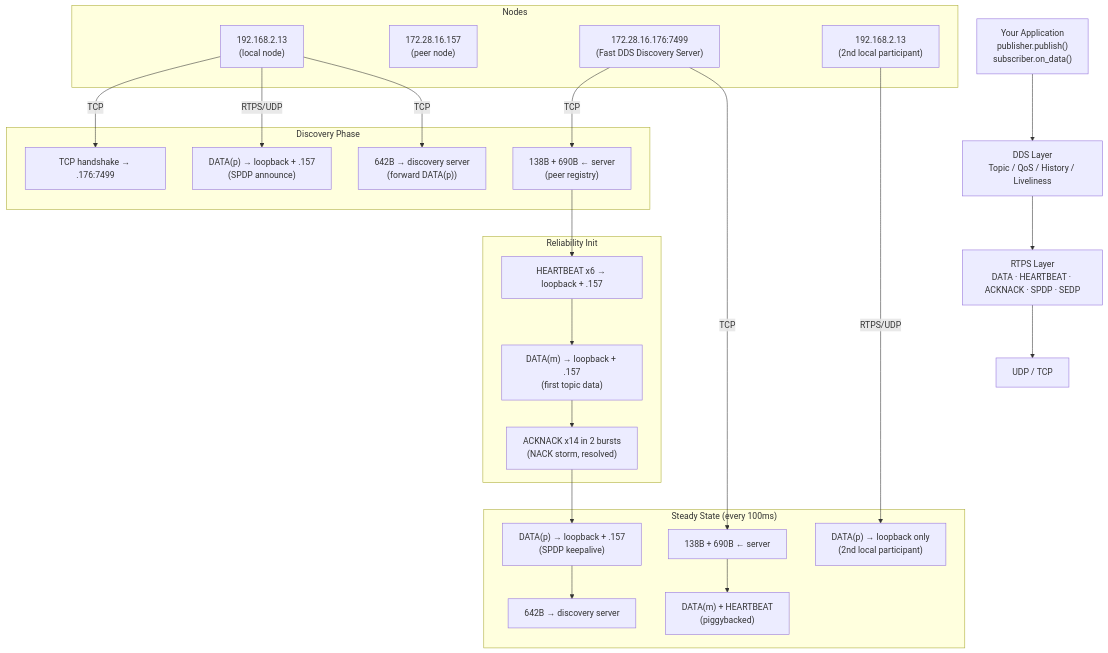
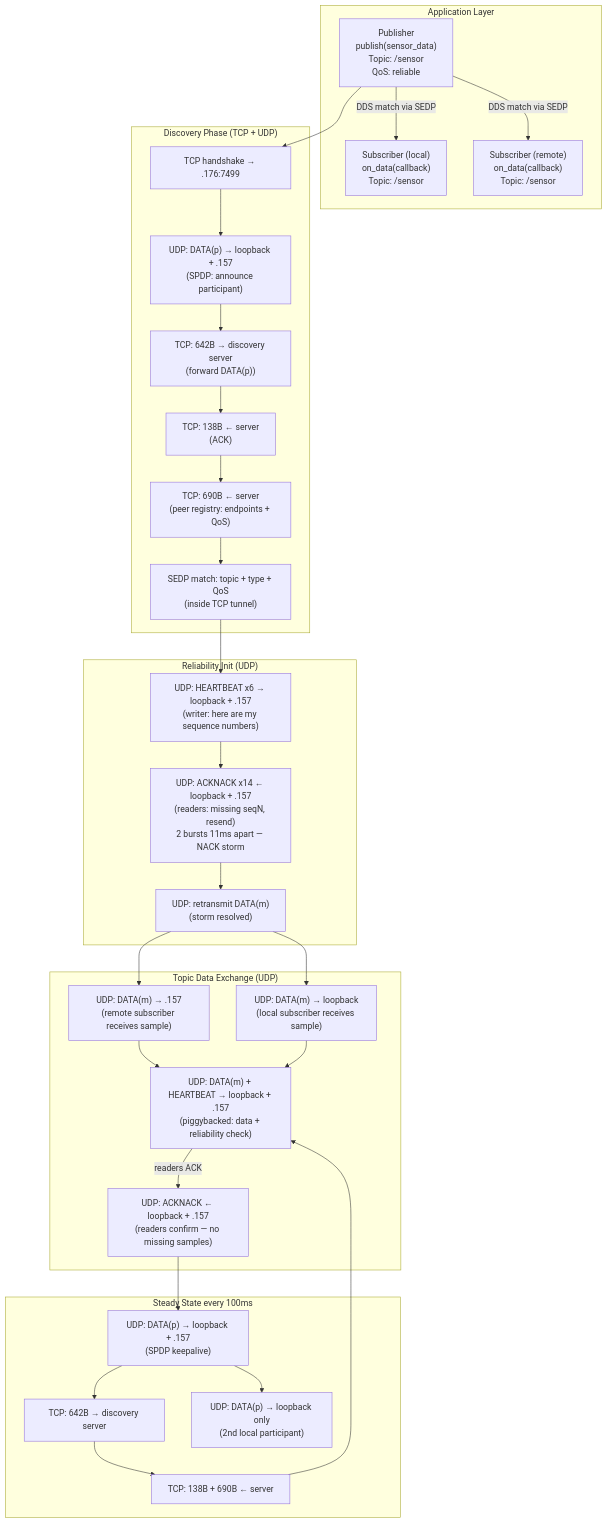
The diagram in docs/_posts/2026-04-20-DDS-mental-model.md (chebbal/chebbal.github.io), drawn with Mermaid before and after one commit. The commit also changed other lines of this file, not shown here.

Commit message:
update the flowchart

```diff
--- a/docs/_posts/2026-04-20-DDS-mental-model.md
+++ b/docs/_posts/2026-04-20-DDS-mental-model.md
@@ -41,50 +41,53 @@
 <div class="mermaid">
 flowchart TD
-    APP["Your Application\npublisher.publish()\nsubscriber.on_data()"]
-    DDS["DDS Layer\nTopic / QoS / History / Liveliness"]
-    RTPS["RTPS Layer\nDATA · HEARTBEAT · ACKNACK · SPDP · SEDP"]
-    NET["UDP / TCP"]
-
-    APP --> DDS --> RTPS --> NET
-
-    subgraph Nodes
-        A["192.168.2.13\n(local node)"]
-        B["172.28.16.157\n(peer node)"]
-        C["172.28.16.176:7499\n(Fast DDS Discovery Server)"]
-        L["192.168.2.13\n(2nd local participant)"]
+    subgraph AppLayer["Application Layer"]
+        PUB["Publisher\npublish(sensor_data)\nTopic: /sensor\nQoS: reliable"]
+        SUB_L["Subscriber (local)\non_data(callback)\nTopic: /sensor"]
+        SUB_R["Subscriber (remote)\non_data(callback)\nTopic: /sensor"]
     end
 
-    subgraph Discovery["Discovery Phase"]
+    subgraph Discovery["Discovery Phase (TCP + UDP)"]
         D1["TCP handshake → .176:7499"]
-        D2["DATA(p) → loopback + .157\n(SPDP announce)"]
-        D3["642B → discovery server\n(forward DATA(p))"]
-        D4["138B + 690B ← server\n(peer registry)"]
+        D2["UDP: DATA(p) → loopback + .157\n(SPDP: announce participant)"]
+        D3["TCP: 642B → discovery server\n(forward DATA(p))"]
+        D4["TCP: 138B ← server\n(ACK)"]
+        D5["TCP: 690B ← server\n(peer registry: endpoints + QoS)"]
+        D6["SEDP match: topic + type + QoS\n(inside TCP tunnel)"]
     end
 
-    subgraph Reliability["Reliability Init"]
-        R1["HEARTBEAT x6 → loopback + .157"]
-        R2["DATA(m) → loopback + .157\n(first topic data)"]
-        R3["ACKNACK x14 in 2 bursts\n(NACK storm, resolved)"]
+    subgraph Reliability["Reliability Init (UDP)"]
+        R1["UDP: HEARTBEAT x6 → loopback + .157\n(writer: here are my sequence numbers)"]
+        R2["UDP: ACKNACK x14 ← loopback + .157\n(readers: missing seqN, resend)\n2 bursts 11ms apart — NACK storm"]
+        R3["UDP: retransmit DATA(m)\n(storm resolved)"]
     end
 
-    subgraph Steady["Steady State (every 100ms)"]
-        S1["DATA(p) → loopback + .157\n(SPDP keepalive)"]
-        S2["642B → discovery server"]
-        S3["138B + 690B ← server"]
-        S4["DATA(m) + HEARTBEAT\n(piggybacked)"]
-        S5["DATA(p) → loopback only\n(2nd local participant)"]
+    subgraph TopicExchange["Topic Data Exchange (UDP)"]
+        T1["UDP: DATA(m) → .157\n(remote subscriber receives sample)"]
+        T2["UDP: DATA(m) → loopback\n(local subscriber receives sample)"]
+        T3["UDP: DATA(m) + HEARTBEAT → loopback + .157\n(piggybacked: data + reliability check)"]
+        T4["UDP: ACKNACK ← loopback + .157\n(readers confirm — no missing samples)"]
     end
 
-    A -->|TCP| D1
-    A -->|RTPS/UDP| D2
-    A -->|TCP| D3
-    C -->|TCP| D4
+    subgraph Steady["Steady State every 100ms"]
+        S1["UDP: DATA(p) → loopback + .157\n(SPDP keepalive)"]
+        S2["TCP: 642B → discovery server"]
+        S3["TCP: 138B + 690B ← server"]
+        S4["UDP: DATA(p) → loopback only\n(2nd local participant)"]
+    end
 
-    D4 --> R1 --> R2 --> R3
+    PUB -->|"DDS match via SEDP"| SUB_L
+    PUB -->|"DDS match via SEDP"| SUB_R
 
-    R3 --> S1
-    S1 --> S2
-    C -->|TCP| S3
-    S3 --> S4
-    L -->|RTPS/UDP| S5
+    PUB --> D1 --> D2 --> D3 --> D4 --> D5 --> D6
+
+    D6 --> R1 --> R2 --> R3
+
+    R3 --> T1
+    R3 --> T2
+    T1 & T2 --> T3
+    T3 -->|"readers ACK"| T4
+
+    T4 --> S1 --> S2 --> S3
+    S3 --> T3
+    S1 --> S4
 </div>
```
